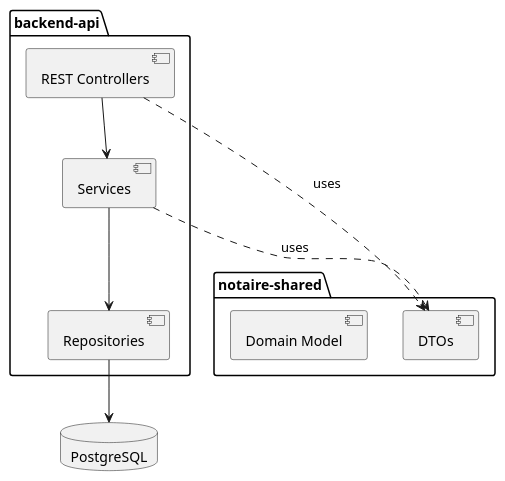
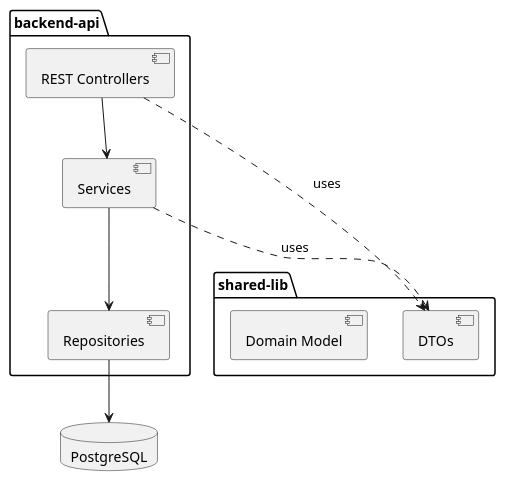
The seventh of 18 diagrams in .claude/skills/plantuml/references/diagram-types.md (matiaspakua/notaire), drawn with PlantUML before and after one commit. The commit also changed 24 other files, not shown here.

First line of the commit message:
docs(architecture): record the retirement of notaire-shared (ADR-024)

````diff
--- a/.claude/skills/plantuml/references/diagram-types.md
+++ b/.claude/skills/plantuml/references/diagram-types.md
@@ -227,20 +227,20 @@
 ```plantuml
 @startuml
 package "backend-api" {
   [REST Controllers] as api
   [Services] as svc
   [Repositories] as repo
 }
-package "notaire-shared" {
+package "shared-lib" {
   [DTOs]
   [Domain Model]
 }
 database "PostgreSQL" as db
 
 api --> svc
 svc --> repo
 repo --> db
 svc ..> [DTOs] : uses
 api ..> [DTOs] : uses
 @enduml
 ```
````
